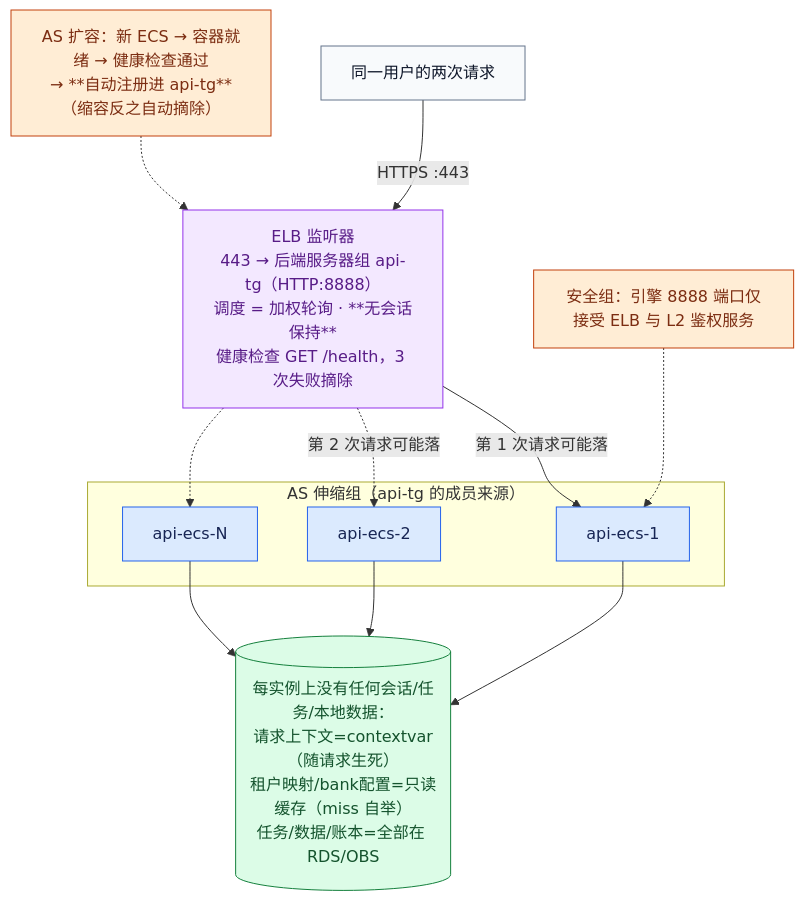
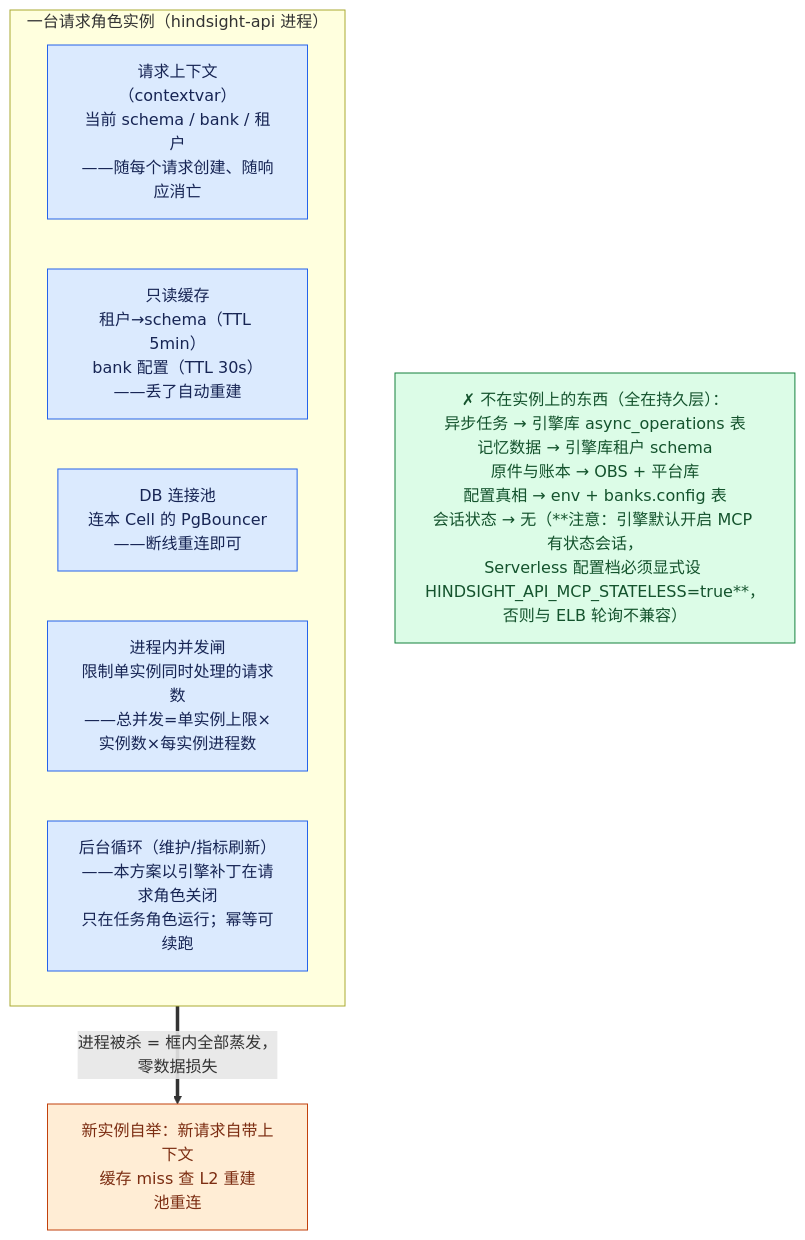
Before and after one commit to stefanv5/memory-platform-architecture: the second of 5 diagrams in docs/hindsight/huawei-cloud-serverless.md, drawn with Mermaid. The commit also changed other lines of this file and 1 other file, not shown here.

Commit message:
docs(hindsight): restructure to V3 concern-oriented layout after second four-dimension review

```diff
--- a/docs/hindsight/huawei-cloud-serverless.md
+++ b/docs/hindsight/huawei-cloud-serverless.md
@@ -129,20 +255,16 @@
 ~~~mermaid
 flowchart TB
-  U["同一用户的两次请求"]:::external -->|"HTTPS :443"| ELB["ELB 监听器<br/>443 → 后端服务器组 api-tg（HTTP:8888）<br/>调度 = 加权轮询 · **无会话保持**<br/>健康检查 GET /health，3 次失败摘除"]:::commercial
-  ELB -->|"第 1 次请求可能落"| A1["api-ecs-1"]:::hs
-  ELB -.->|"第 2 次请求可能落"| A2["api-ecs-2"]:::hs
-  ELB -.-> A3["api-ecs-N"]:::hs
-  subgraph ASG["AS 伸缩组（api-tg 的成员来源）"]
-    A1
-    A2
-    A3
+  subgraph INST["一台请求角色实例（hindsight-api 进程）"]
+    direction LR
+    CV["请求上下文<br/>（contextvar）<br/>当前 schema / bank / 租户<br/>——随每个请求创建、随响应消亡"]:::hs
+    CA["只读缓存<br/>租户→schema（TTL 5min）<br/>bank 配置（TTL 30s）<br/>——丢了自动重建"]:::hs
+    PO["DB 连接池<br/>连本 Cell 的 PgBouncer<br/>——断线重连即可"]:::hs
+    SE["进程内并发闸<br/>限制单实例同时处理的请求数<br/>——总并发=单实例上限×实例数×每实例进程数"]:::hs
+    BG["后台循环（维护/指标刷新）<br/>——本方案以引擎补丁在请求角色关闭<br/>只在任务角色运行；幂等可续跑"]:::hs
   end
-  ASG2["AS 扩容：新 ECS → 容器就绪 → 健康检查通过<br/>→ **自动注册进 api-tg**（缩容反之自动摘除）"]:::platform -.-> ELB
-  A1 & A2 & A3 --> ST[("每实例上没有任何会话/任务/本地数据：<br/>请求上下文=contextvar（随请求生死）<br/>租户映射/bank配置=只读缓存（miss 自举）<br/>任务/数据/账本=全部在 RDS/OBS")]:::oss
-  SG["安全组：引擎 8888 端口仅接受 ELB 与 L2 鉴权服务"]:::platform -.-> A1
+  OUT["✗ 不在实例上的东西（全在持久层）：<br/>异步任务 → 引擎库 async_operations 表<br/>记忆数据 → 引擎库租户 schema<br/>原件与账本 → OBS + 平台库<br/>配置真相 → env + banks.config 表<br/>会话状态 → 无（**注意：引擎默认开启 MCP 有状态会话，<br/>Serverless 配置档必须显式设 HINDSIGHT_API_MCP_STATELESS=true**，<br/>否则与 ELB 轮询不兼容）"]:::oss
+  INST ==>|"进程被杀 = 框内全部蒸发，零数据损失"| REB["新实例自举：新请求自带上下文<br/>缓存 miss 查 L2 重建<br/>池重连"]:::platform
   classDef hs fill:#DBEAFE,stroke:#2563EB,color:#172554;
   classDef oss fill:#DCFCE7,stroke:#15803D,color:#14532D;
   classDef platform fill:#FFEDD5,stroke:#C2410C,color:#7C2D12;
-  classDef commercial fill:#F3E8FF,stroke:#9333EA,color:#581C87;
-  classDef external fill:#F8FAFC,stroke:#64748B,color:#0F172A;
 ~~~
```
